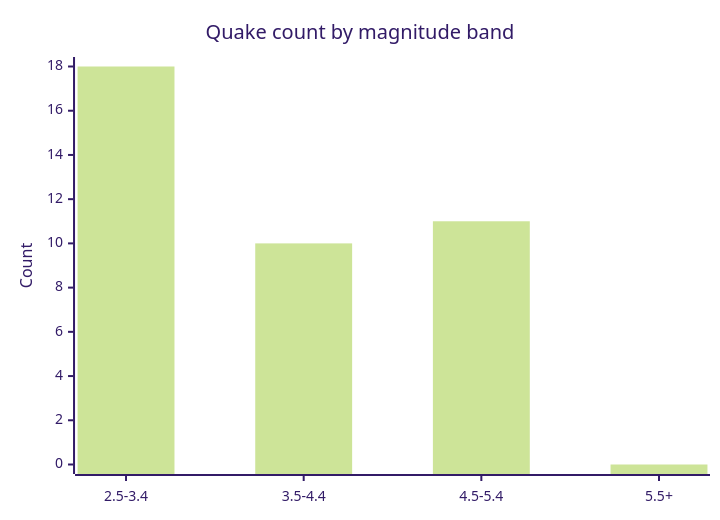
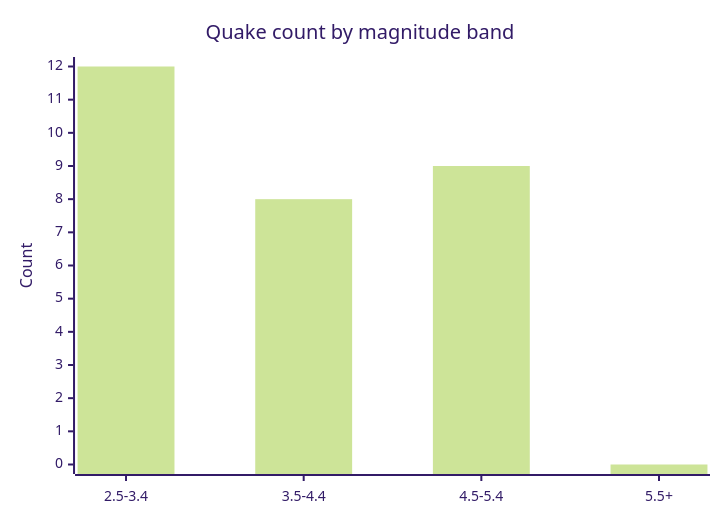
One commit to Midwest-Stratospheric/aerostratospheric-defense-gir changed the fifth of 6 diagrams in docs/GRAPHS.md. Above: the diagram before and after it, drawn with Mermaid (forest theme). The commit also changed other lines of this file and 24 other files, not shown here.

````diff
--- a/docs/GRAPHS.md
+++ b/docs/GRAPHS.md
@@ -82,7 +82,7 @@
 ```mermaid
 xychart-beta
   title "Quake count by magnitude band"
   x-axis ["2.5-3.4", "3.5-4.4", "4.5-5.4", "5.5+"]
-  y-axis "Count" 0 --> 18
-  bar [18, 10, 11, 0]
+  y-axis "Count" 0 --> 12
+  bar [12, 8, 9, 0]
 ```
````
